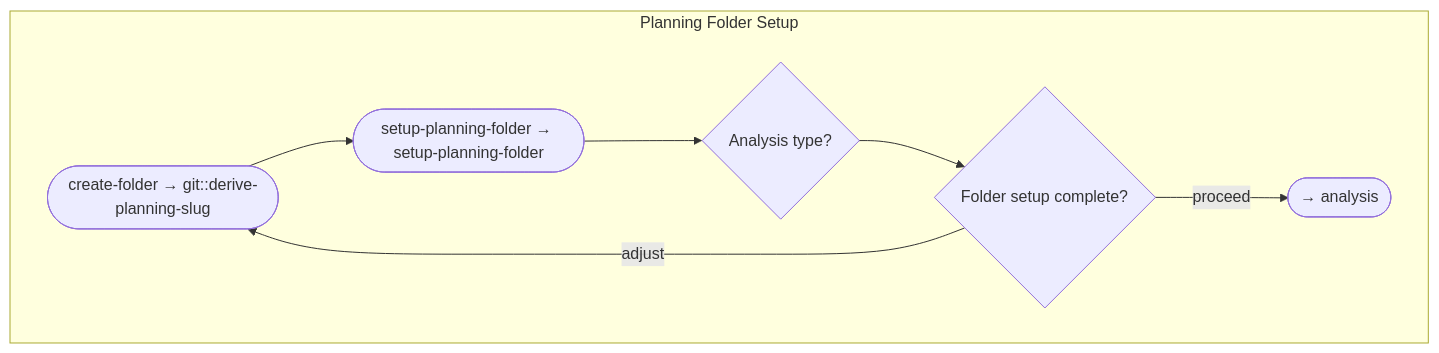
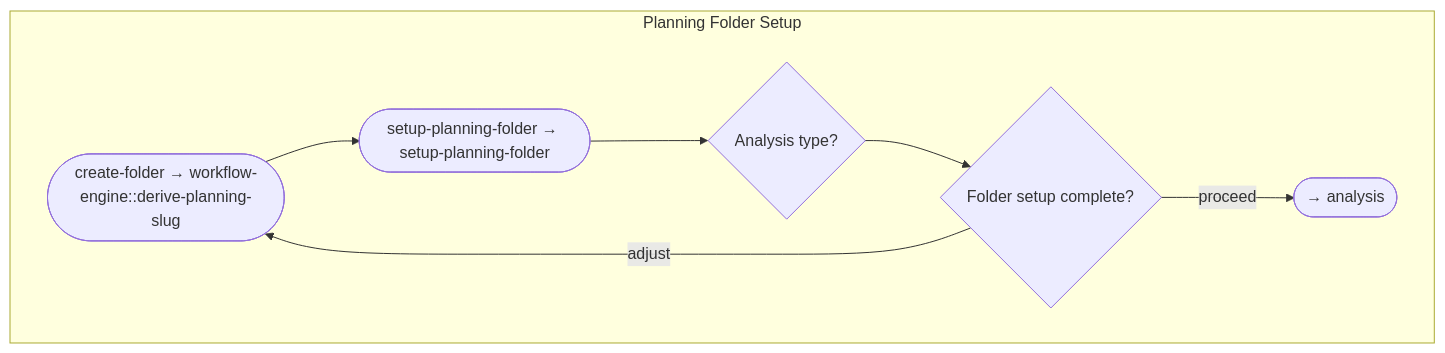
One commit to m2ux/workflow-server changed the third of 8 diagrams in corpus/work-packages/README.md. Above: the diagram before and after it, drawn with Mermaid. The commit also changed other lines of this file and 3 other files, not shown here.

First line of the commit message:
Keep the planning slug with the engine that names the folder

````diff
--- a/corpus/work-packages/README.md
+++ b/corpus/work-packages/README.md
@@ -71,13 +71,13 @@
 ```mermaid
 graph TD
     subgraph folder-setup[Planning Folder Setup]
-        f1([create-folder → git::derive-planning-slug])
+        f1([create-folder → workflow-engine::derive-planning-slug])
         f2([setup-planning-folder → setup-planning-folder])
         cpType{Analysis type?}
         cp1{Folder setup complete?}
 
         f1 --> f2 --> cpType --> cp1
         cp1 -->|proceed| Next([→ analysis])
         cp1 -->|adjust| f1
     end
 ```
````
